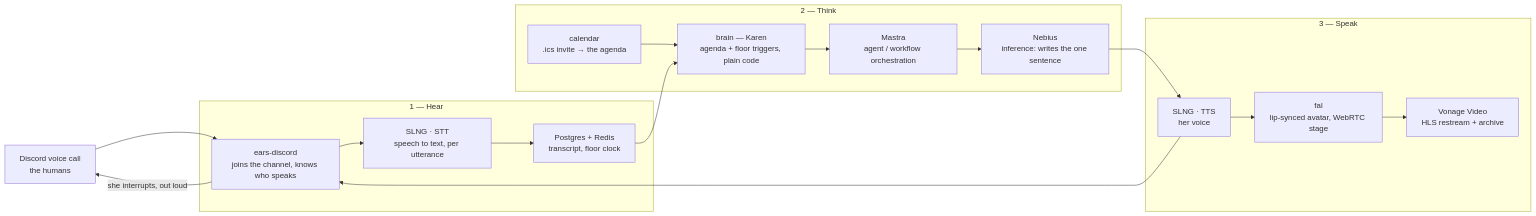
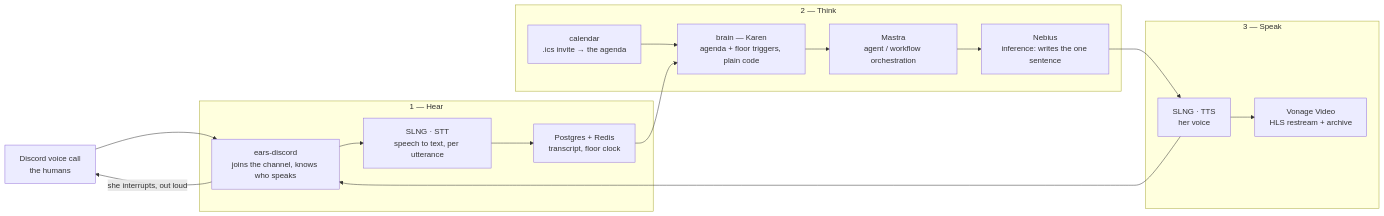
The diagram in docs/architecture.md (bioztar/gavel), drawn with Mermaid before and after one commit. The commit also changed other lines of this file and 79 other files, not shown here.

First line of the commit message:
chore: cut the generated face — remove chair-video, fal and the projector stage

````diff
--- a/docs/architecture.md
+++ b/docs/architecture.md
@@ -13,30 +13,29 @@
 ```mermaid
 flowchart LR
   ROOM["Discord voice call<br/>the humans"]
 
   subgraph HEAR["1 — Hear"]
     EARS["ears-discord<br/>joins the channel, knows who speaks"]
     SLNG1["SLNG · STT<br/>speech to text, per utterance"]
     DB["Postgres + Redis<br/>transcript, floor clock"]
   end
 
   subgraph THINK["2 — Think"]
     BRAIN["brain — Karen<br/>agenda + floor triggers, plain code"]
     MASTRA["Mastra<br/>agent / workflow orchestration"]
     NEBIUS["Nebius<br/>inference: writes the one sentence"]
     CAL["calendar<br/>.ics invite → the agenda"]
   end
 
   subgraph SPEAK["3 — Speak"]
     SLNG2["SLNG · TTS<br/>her voice"]
-    FAL["fal<br/>lip-synced avatar, WebRTC stage"]
     VONAGE["Vonage Video<br/>HLS restream + archive"]
   end
 
   ROOM --> EARS --> SLNG1 --> DB --> BRAIN
   CAL --> BRAIN
   BRAIN --> MASTRA --> NEBIUS --> SLNG2
   SLNG2 --> EARS
   EARS -->|"she interrupts, out loud"| ROOM
-  SLNG2 --> FAL --> VONAGE
+  SLNG2 --> VONAGE
 ```
````
